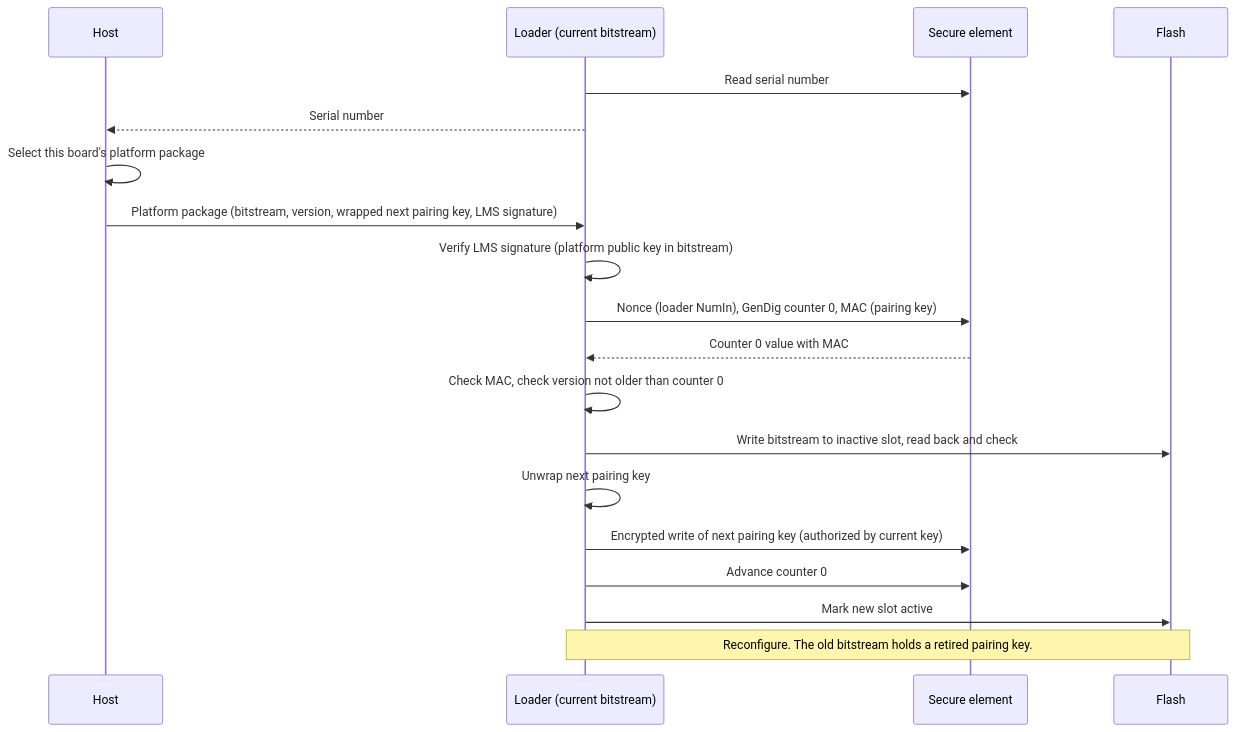
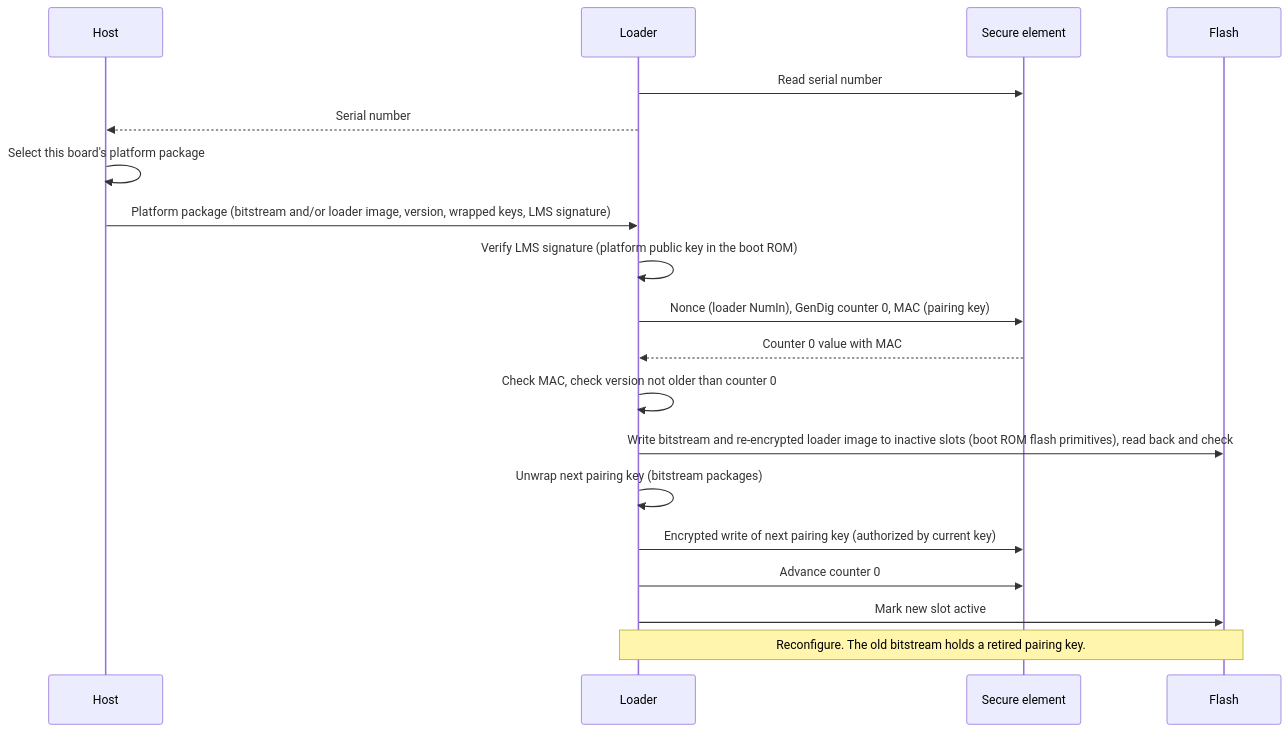
The third of 7 diagrams in doc/fda.md (bradleyeckert/thriller), drawn with Mermaid before and after one commit. The commit also changed other lines of this file and 3 other files, not shown here.

First line of the commit message:
README, arch, fda: platform = bitstream + updatable loader under counter 0; boot ROM stage; per-board loader packages; document index

````diff
--- a/doc/fda.md
+++ b/doc/fda.md
@@ -168,21 +168,21 @@
 ```mermaid
 sequenceDiagram
   participant H as Host
-  participant L as Loader (current bitstream)
+  participant L as Loader
   participant SE as Secure element
   participant F as Flash
   L->>SE: Read serial number
   L-->>H: Serial number
   H->>H: Select this board's platform package
-  H->>L: Platform package (bitstream, version, wrapped next pairing key, LMS signature)
-  L->>L: Verify LMS signature (platform public key in bitstream)
+  H->>L: Platform package (bitstream and/or loader image, version, wrapped keys, LMS signature)
+  L->>L: Verify LMS signature (platform public key in the boot ROM)
   L->>SE: Nonce (loader NumIn), GenDig counter 0, MAC (pairing key)
   SE-->>L: Counter 0 value with MAC
   L->>L: Check MAC, check version not older than counter 0
-  L->>F: Write bitstream to inactive slot, read back and check
-  L->>L: Unwrap next pairing key
+  L->>F: Write bitstream and re-encrypted loader image to inactive slots (boot ROM flash primitives), read back and check
+  L->>L: Unwrap next pairing key (bitstream packages)
   L->>SE: Encrypted write of next pairing key (authorized by current key)
   L->>SE: Advance counter 0
   L->>F: Mark new slot active
   Note over L,F: Reconfigure. The old bitstream holds a retired pairing key.
 ```
````
